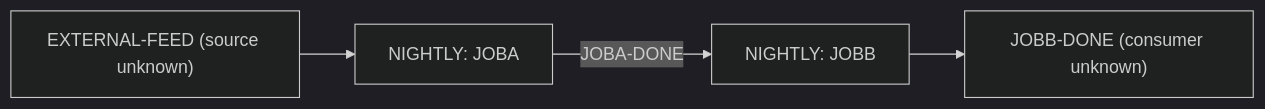
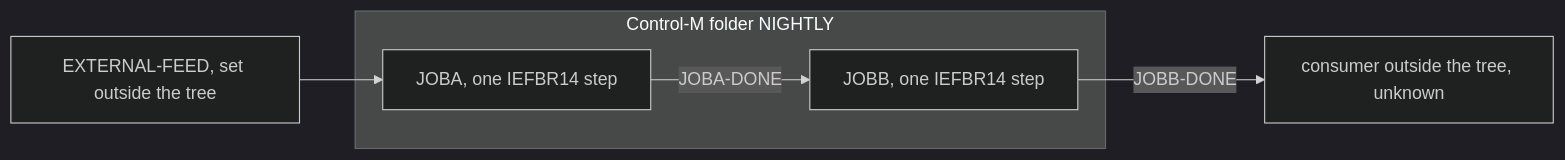
The diagram in evals/runs/09-temporal-controlm/modernization-assessment/02-coupling.md (Sparq-Holding-Inc/claude-legacy-modernization), drawn with Mermaid (dark theme) before and after one commit. The commit also changed other lines of this file and 217 other files, not shown here.

````diff
--- a/evals/runs/09-temporal-controlm/modernization-assessment/02-coupling.md
+++ b/evals/runs/09-temporal-controlm/modernization-assessment/02-coupling.md
@@ -20,6 +38,8 @@
 ```mermaid
 graph LR
-  EXT["EXTERNAL-FEED (source unknown)"] --> A["NIGHTLY: JOBA"]
-  A -- "JOBA-DONE" --> B["NIGHTLY: JOBB"]
-  B --> OUT["JOBB-DONE (consumer unknown)"]
+  EXT[EXTERNAL-FEED, set outside the tree] --> A
+  subgraph NIGHTLY[Control-M folder NIGHTLY]
+    A[JOBA, one IEFBR14 step] -->|JOBA-DONE| B[JOBB, one IEFBR14 step]
+  end
+  B -->|JOBB-DONE| OUT[consumer outside the tree, unknown]
 ```
````
